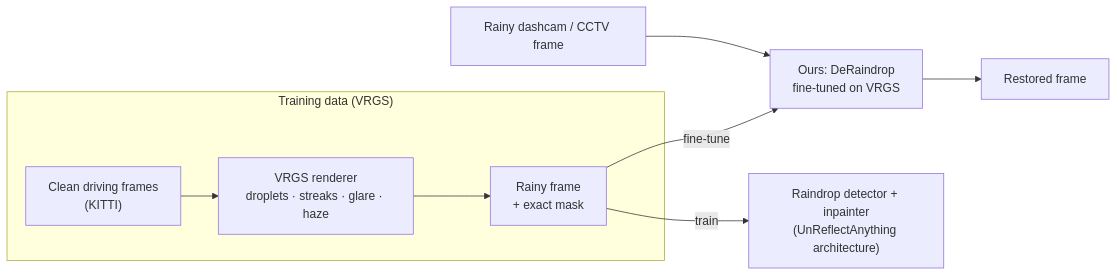
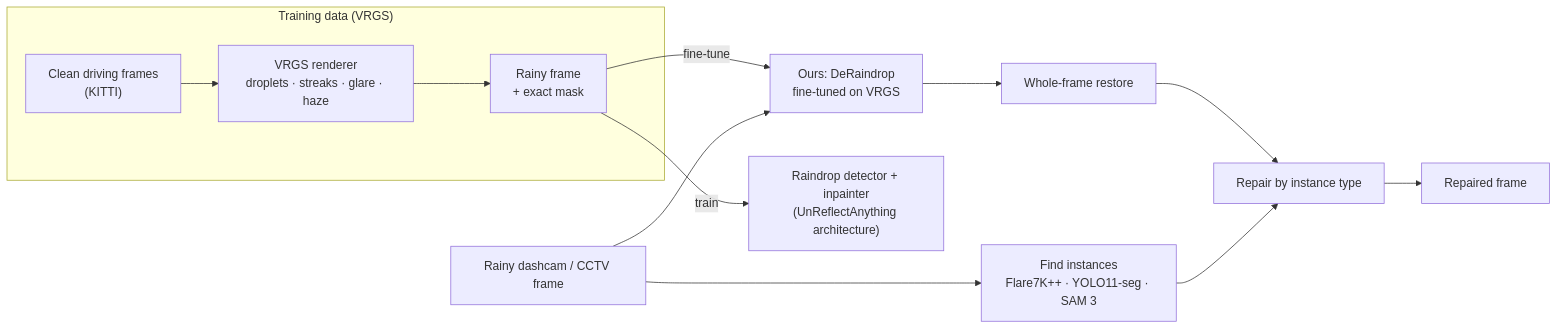
One commit to VyaanSachdeva/automatic-reflection-removal changed the diagram in README.md. Above: the diagram before and after it, drawn with Mermaid. The commit also changed other lines of this file and 5 other files, not shown here.

````diff
--- a/README.md
+++ b/README.md
@@ -75,10 +69,13 @@
 ```mermaid
 flowchart LR
     subgraph TRAIN["Training data (VRGS)"]
         K["Clean driving frames<br/>(KITTI)"] --> V["VRGS renderer<br/>droplets · streaks · glare · haze"]
         V --> P["Rainy frame<br/>+ exact mask"]
     end
     P -- "fine-tune" --> D["Ours: DeRaindrop<br/>fine-tuned on VRGS"]
     P -- "train" --> T["Raindrop detector + inpainter<br/>(UnReflectAnything architecture)"]
-    R["Rainy dashcam / CCTV frame"] --> D --> O["Restored frame"]
+    R["Rainy dashcam / CCTV frame"] --> D --> F["Whole-frame restore"]
+    R --> S["Find instances<br/>Flare7K++ · YOLO11-seg · SAM 3"]
+    F --> M["Repair by instance type"]
+    S --> M --> O["Repaired frame"]
 ```
````
